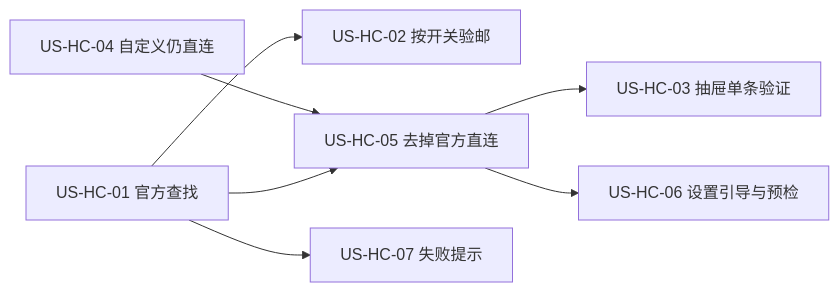
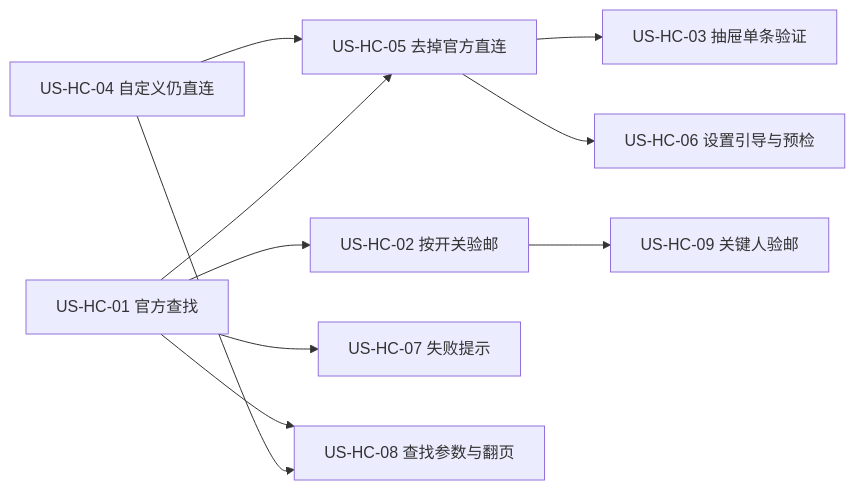
Before and after one commit to Pedro-MAFS/ftcs: the diagram in docs/42-需求-官方通道网关代调Hunter-客户端.md, drawn with Mermaid. The commit also changed other lines of this file, not shown here.

````diff
--- a/docs/42-需求-官方通道网关代调Hunter-客户端.md
+++ b/docs/42-需求-官方通道网关代调Hunter-客户端.md
@@ -181,16 +218,21 @@
 ```mermaid
 flowchart LR
   HC04[US-HC-04 自定义仍直连]
   HC01[US-HC-01 官方查找]
   HC02[US-HC-02 按开关验邮]
   HC03[US-HC-03 抽屉单条验证]
   HC05[US-HC-05 去掉官方直连]
   HC06[US-HC-06 设置引导与预检]
   HC07[US-HC-07 失败提示]
+  HC08[US-HC-08 查找参数与翻页]
+  HC09[US-HC-09 关键人验邮]
   HC04 --> HC05
   HC01 --> HC02
   HC01 --> HC05
   HC05 --> HC03
   HC05 --> HC06
   HC01 --> HC07
+  HC01 --> HC08
+  HC04 --> HC08
+  HC02 --> HC09
 ```
````
